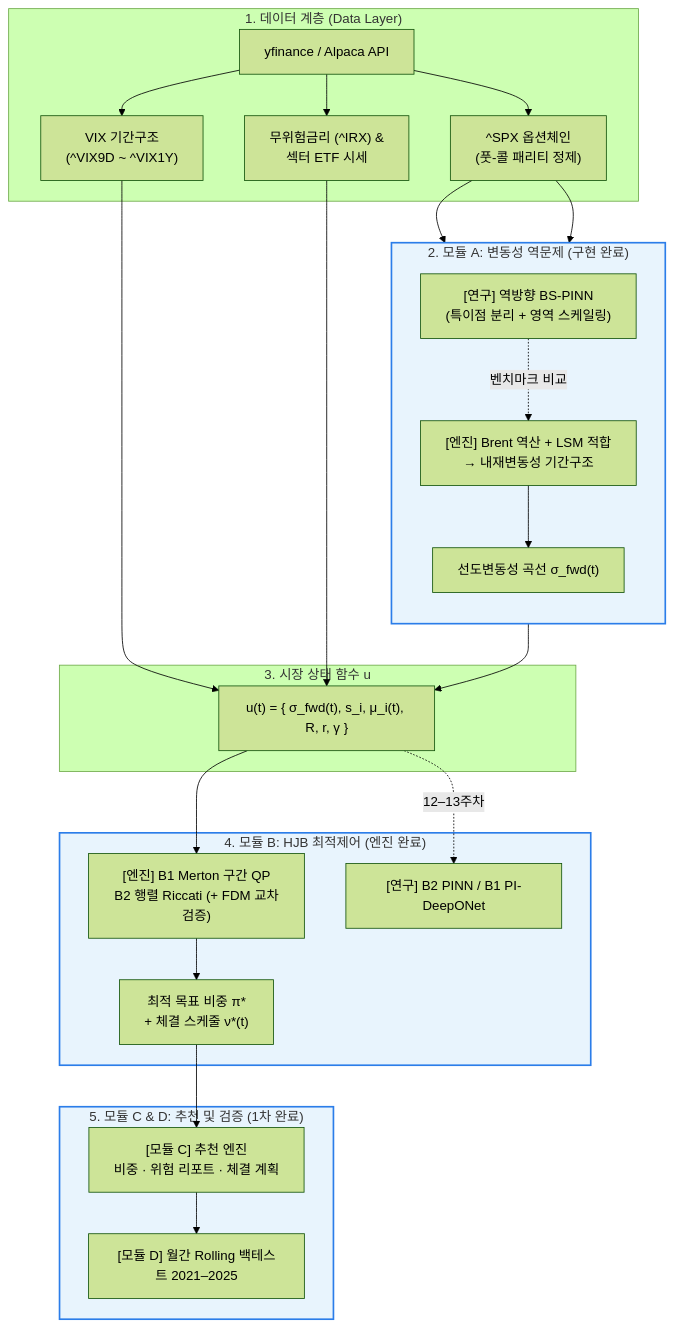
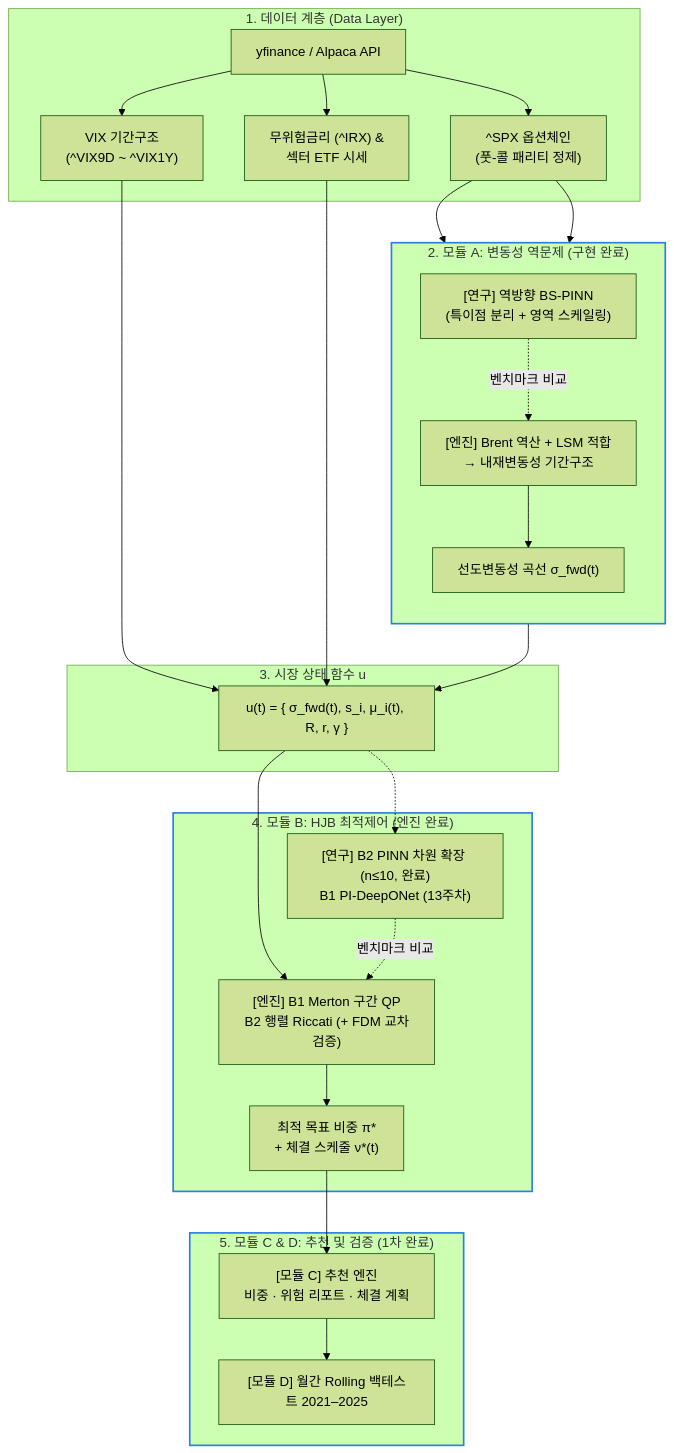
One commit to LeeJinHyuck02/independent-study-1 changed the diagram in README.md. Above: the diagram before and after it, drawn with Mermaid (forest theme). The commit also changed other lines of this file and 16 other files, not shown here.

````diff
--- a/README.md
+++ b/README.md
@@ -46,37 +47,38 @@
 ```mermaid
 flowchart TD
     subgraph DataLayer ["1. 데이터 계층 (Data Layer)"]
         D1["yfinance / Alpaca API"] --> D2["^SPX 옵션체인<br/>(풋-콜 패리티 정제)"]
         D1 --> D3["VIX 기간구조<br/>(^VIX9D ~ ^VIX1Y)"]
         D1 --> D4["무위험금리 (^IRX) &<br/>섹터 ETF 시세"]
     end
 
     subgraph ModuleA ["2. 모듈 A: 변동성 역문제 (구현 완료)"]
         direction TB
         D2 --> A_Engine["[엔진] Brent 역산 + LSM 적합<br/>→ 내재변동성 기간구조"]
         D2 --> A_PINN["[연구] 역방향 BS-PINN<br/>(특이점 분리 + 영역 스케일링)"]
         A_Engine --> A_Out["선도변동성 곡선 σ_fwd(t)"]
         A_PINN -. "벤치마크 비교" .-> A_Engine
     end
 
     subgraph MarketState ["3. 시장 상태 함수 u"]
         A_Out --> U["u(t) = { σ_fwd(t), s_i, μ_i(t), R, r, γ }"]
         D3 --> U
         D4 --> U
     end
 
     subgraph ModuleB ["4. 모듈 B: HJB 최적제어 (엔진 완료)"]
         U --> B_Engine["[엔진] B1 Merton 구간 QP<br/>B2 행렬 Riccati (+ FDM 교차검증)"]
-        U -. "12–13주차" .-> B_Neural["[연구] B2 PINN / B1 PI-DeepONet"]
+        U -.-> B_Neural["[연구] B2 PINN 차원 확장 (n≤10, 완료)<br/>B1 PI-DeepONet (13주차)"]
+        B_Neural -. "벤치마크 비교" .-> B_Engine
         B_Engine --> TargetWeight["최적 목표 비중 π*<br/>+ 체결 스케줄 ν*(t)"]
     end
 
     subgraph ModuleCD ["5. 모듈 C & D: 추천 및 검증 (1차 완료)"]
         TargetWeight --> C["[모듈 C] 추천 엔진<br/>비중 · 위험 리포트 · 체결 계획"]
         C --> D["[모듈 D] 월간 Rolling 백테스트 2021–2025"]
     end
 
-    style ModuleA fill:#e8f4fd,stroke:#2b7de9,stroke-width:2px
-    style ModuleB fill:#e8f4fd,stroke:#2b7de9,stroke-width:2px
-    style ModuleCD fill:#e8f4fd,stroke:#2b7de9,stroke-width:2px
+    style ModuleA stroke:#2b7de9,stroke-width:2px
+    style ModuleB stroke:#2b7de9,stroke-width:2px
+    style ModuleCD stroke:#2b7de9,stroke-width:2px
 ```
````
